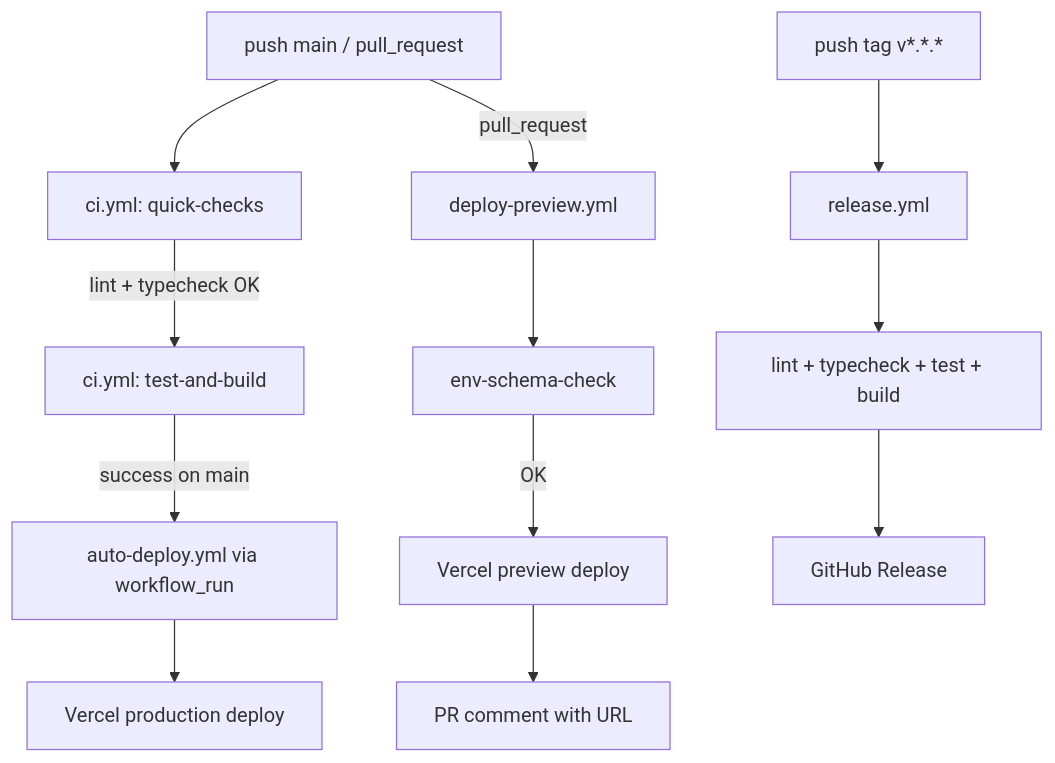
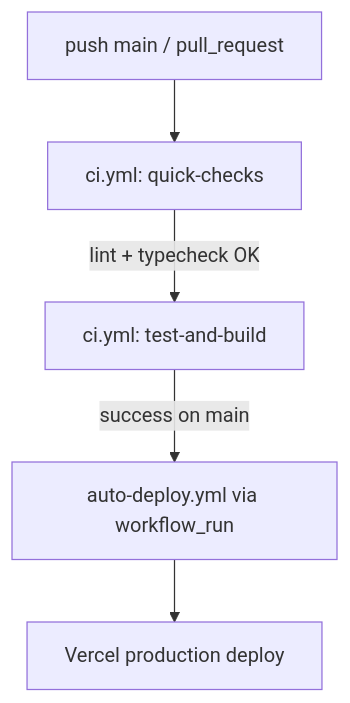
The diagram in NOTES/runbook.md (NeXifyAI-cloud/opencarbox), drawn with Mermaid before and after one commit. The commit also changed other lines of this file and 44 other files, not shown here.

First line of the commit message:
fix: address review comments — tag validation, ANTHROPIC_ prefix, NEXT_PUBLIC CI check, advisory env check in CI, RLS sanity test, legacy section cleanup, package.json fix

````diff
--- a/NOTES/runbook.md
+++ b/NOTES/runbook.md
@@ -165,14 +129,7 @@
 ```mermaid
 flowchart TD
   A[push main / pull_request] --> B[ci.yml: quick-checks]
   B -->|lint + typecheck OK| C[ci.yml: test-and-build]
   C -->|success on main| D[auto-deploy.yml via workflow_run]
   D --> E[Vercel production deploy]
-  A -->|pull_request| F[deploy-preview.yml]
-  F --> G[env-schema-check]
-  G -->|OK| H[Vercel preview deploy]
-  H --> I[PR comment with URL]
-  J[push tag v*.*.*] --> K[release.yml]
-  K --> L[lint + typecheck + test + build]
-  L --> M[GitHub Release]
 ```
````
